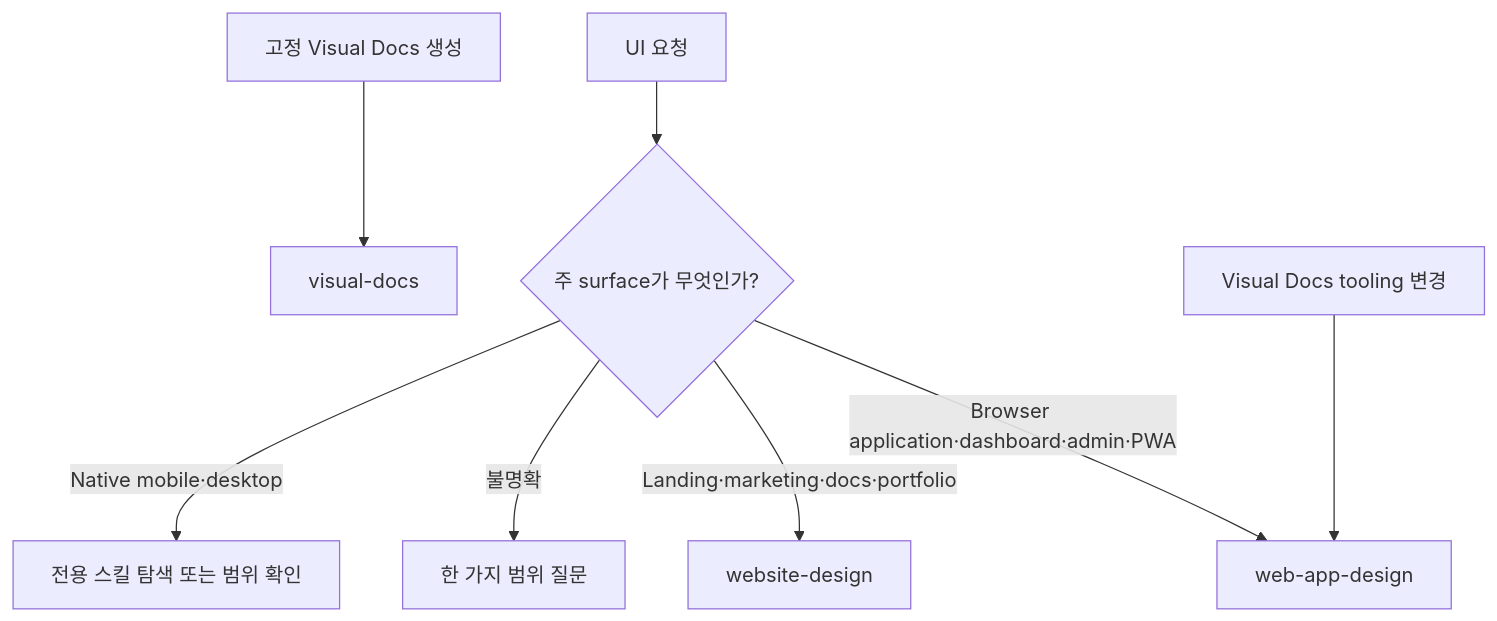
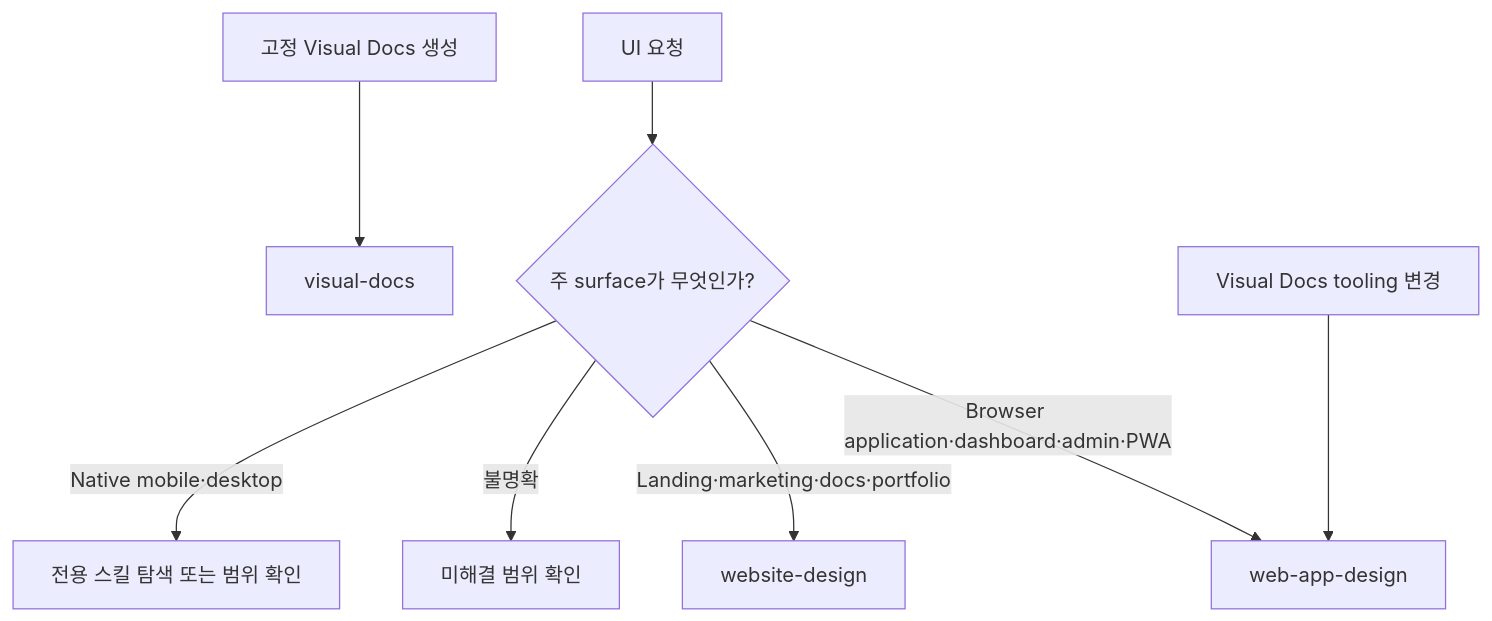
One commit to hope1026/aiagent-plugins changed the diagram in docs/specs/forge-ui-design-skill-separation/forge-ui-design-skill-separation.md. Above: the diagram before and after it, drawn with Mermaid. The commit also changed other lines of this file and 58 other files, not shown here.

````diff
--- a/docs/specs/forge-ui-design-skill-separation/forge-ui-design-skill-separation.md
+++ b/docs/specs/forge-ui-design-skill-separation/forge-ui-design-skill-separation.md
@@ -24,10 +24,10 @@
 ```mermaid
 flowchart TD
     A["UI 요청"] --> B{"주 surface가 무엇인가?"}
     B -->|"Browser application·dashboard·admin·PWA"| C["web-app-design"]
     B -->|"Landing·marketing·docs·portfolio"| D["website-design"]
-    B -->|"불명확"| E["한 가지 범위 질문"]
+    B -->|"불명확"| E["미해결 범위 확인"]
     B -->|"Native mobile·desktop"| F["전용 스킬 탐색 또는 범위 확인"]
     G["고정 Visual Docs 생성"] --> H["visual-docs"]
     I["Visual Docs tooling 변경"] --> C
 ```
````
